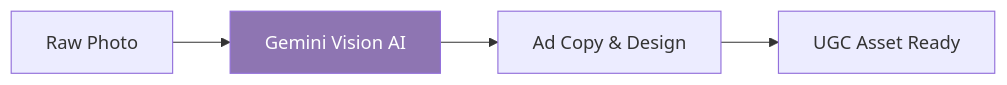
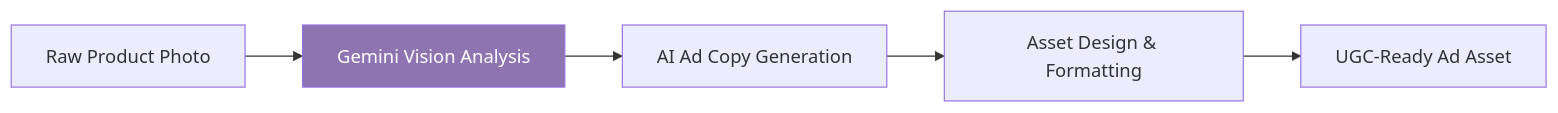
One commit to ubachan-ai/ubachan-ai changed the sixth of 8 diagrams in README.md. Above: the diagram before and after it, drawn with Mermaid. The commit also changed other lines of this file, not shown here.

````diff
--- a/README.md
+++ b/README.md
@@ -140,7 +208,9 @@
 ```mermaid
 graph LR
-  A[Raw Photo] --> B[Gemini Vision AI]
-  B --> C[Ad Copy & Design]
-  C --> D[UGC Asset Ready]
+  A[Raw Product Photo] --> B[Gemini Vision Analysis]
+  B --> C[AI Ad Copy Generation]
+  C --> D[Asset Design & Formatting]
+  D --> E[UGC-Ready Ad Asset]
+
   style B fill:#8E75B2,color:#fff
 ```
````
